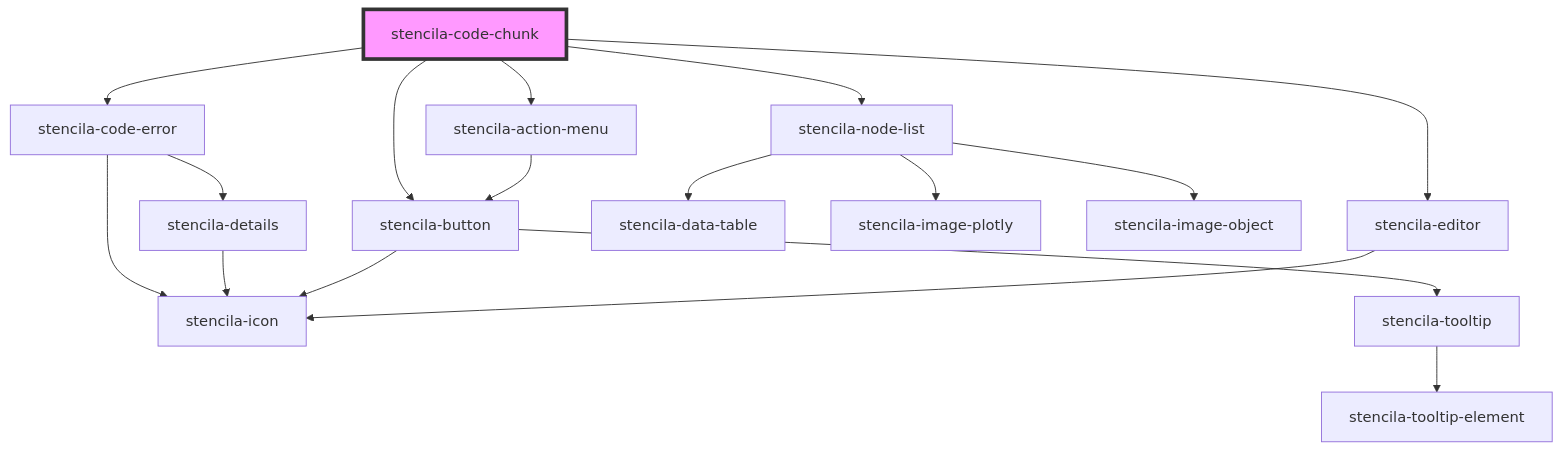
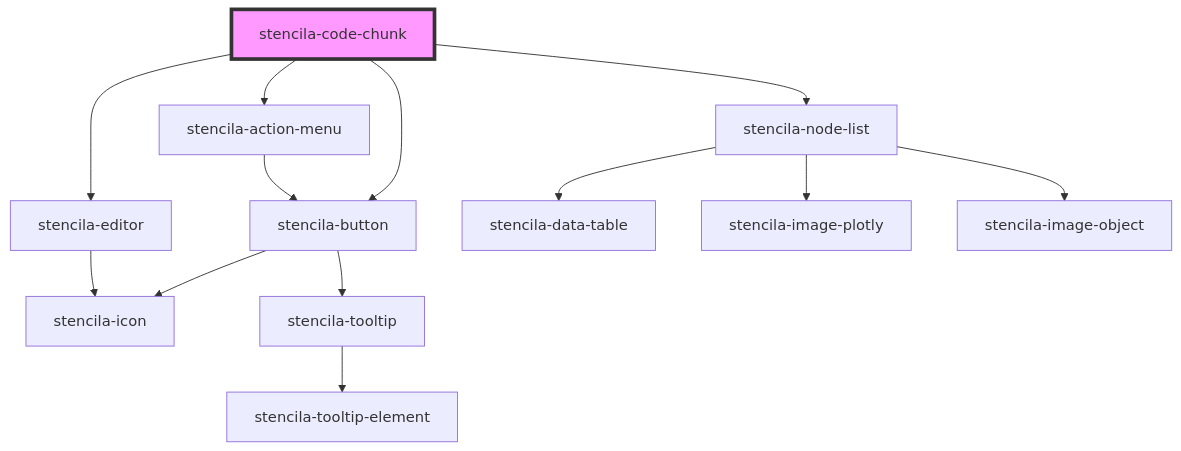
The diagram in packages/components/src/components/codeChunk/readme.md (stencila/designa), drawn with Mermaid before and after one commit. The commit also changed other lines of this file and 9 other files, not shown here.

````diff
--- a/packages/components/src/components/codeChunk/readme.md
+++ b/packages/components/src/components/codeChunk/readme.md
@@ -68,20 +67,16 @@
 ```mermaid
 graph TD;
-  stencila-code-chunk --> stencila-code-error
   stencila-code-chunk --> stencila-action-menu
   stencila-code-chunk --> stencila-button
   stencila-code-chunk --> stencila-editor
   stencila-code-chunk --> stencila-node-list
-  stencila-code-error --> stencila-icon
-  stencila-code-error --> stencila-details
-  stencila-details --> stencila-icon
   stencila-action-menu --> stencila-button
   stencila-button --> stencila-icon
   stencila-button --> stencila-tooltip
   stencila-tooltip --> stencila-tooltip-element
   stencila-editor --> stencila-icon
   stencila-node-list --> stencila-data-table
   stencila-node-list --> stencila-image-plotly
   stencila-node-list --> stencila-image-object
   style stencila-code-chunk fill:#f9f,stroke:#333,stroke-width:4px
 ```
````
